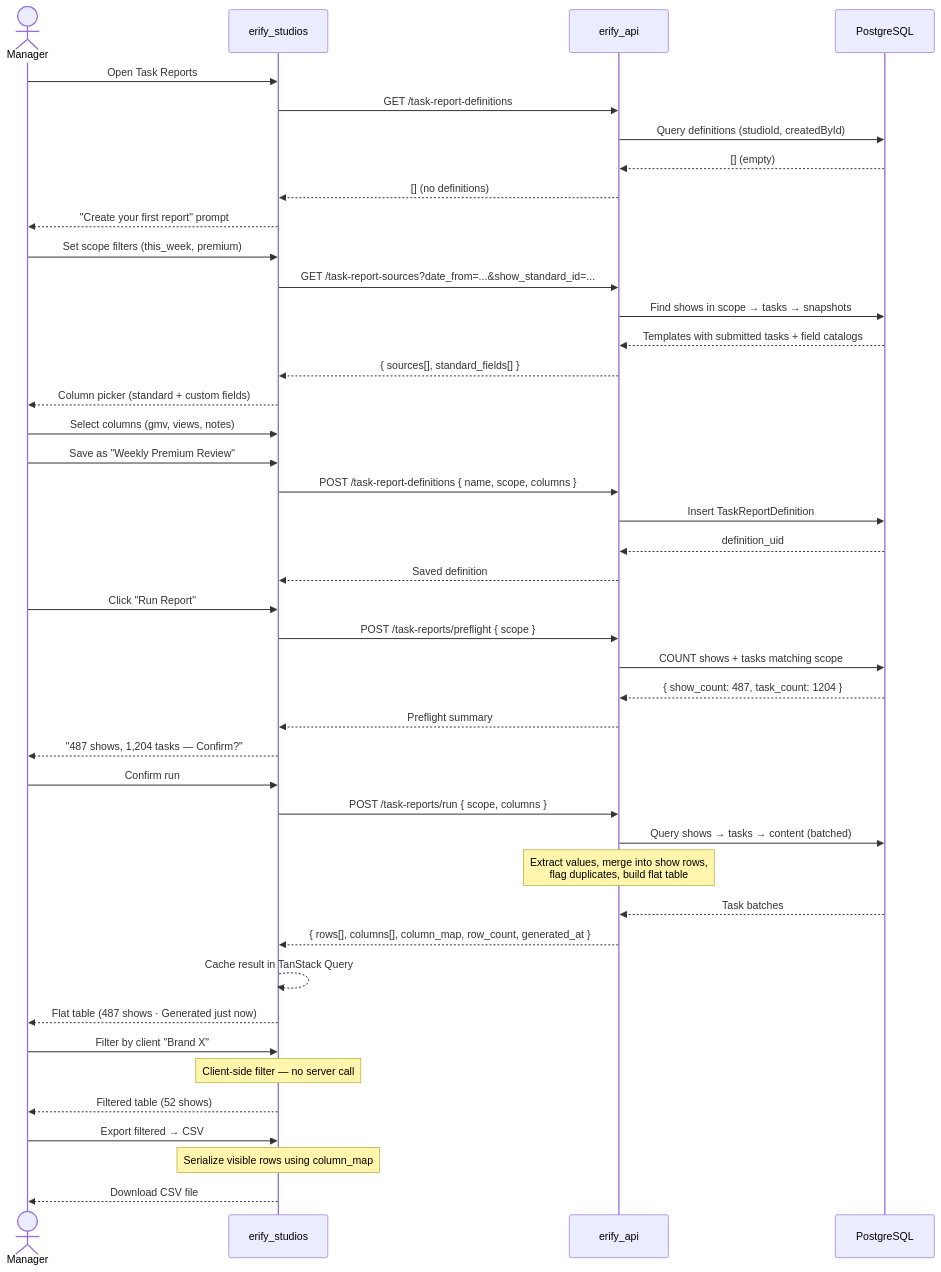
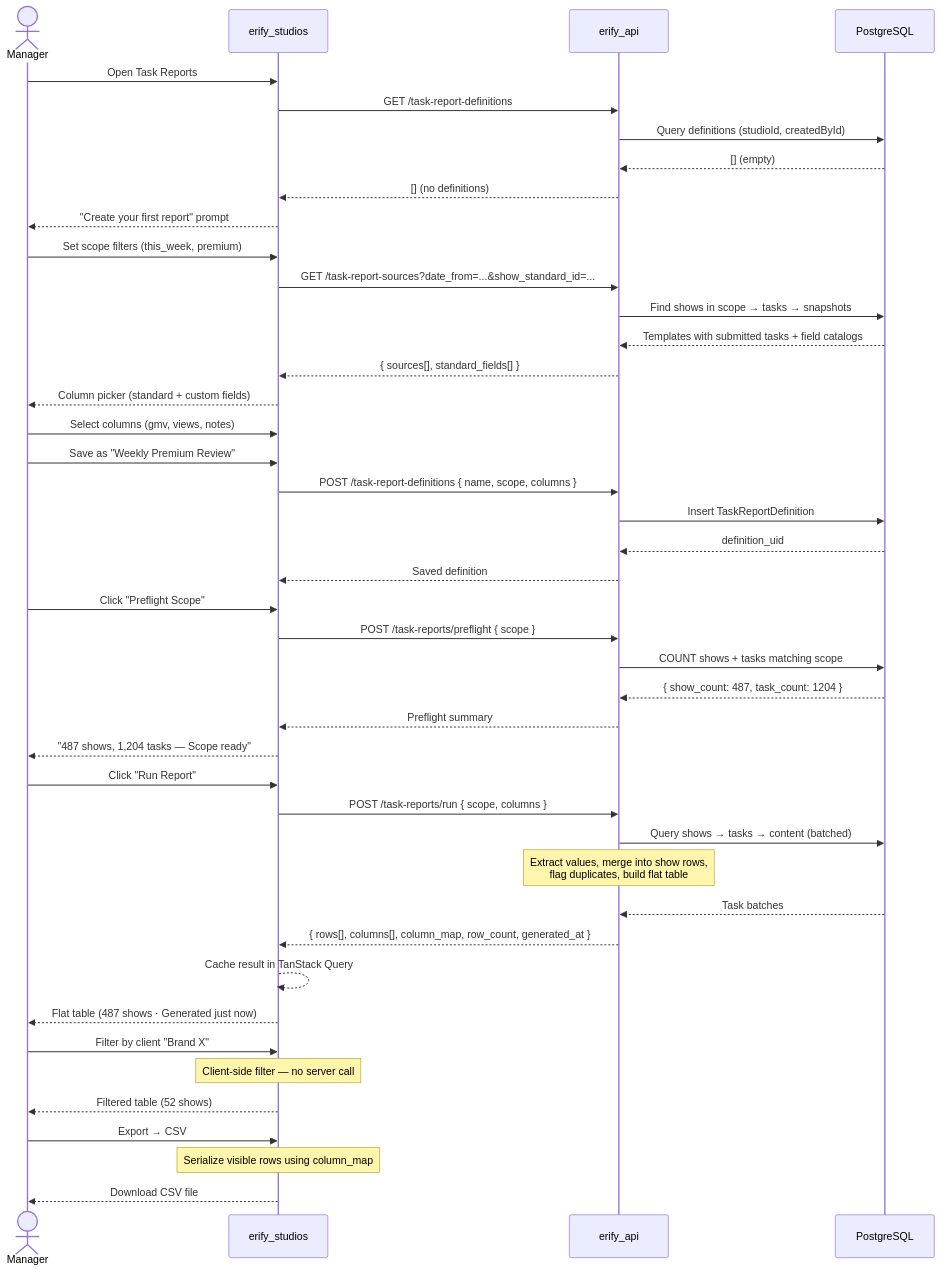
Before and after one commit to allenlin90/eridu-services: the second of 5 diagrams in docs/prd/task-submission-reporting.md, drawn with Mermaid. The commit also changed other lines of this file and 2 other files, not shown here.

Commit message:
fix(task-reports): export full dataset csv and align docs

````diff
--- a/docs/prd/task-submission-reporting.md
+++ b/docs/prd/task-submission-reporting.md
@@ -385,52 +387,52 @@
 ```mermaid
 sequenceDiagram
     actor Manager
     participant FE as erify_studios
     participant BE as erify_api
     participant DB as PostgreSQL
 
     Manager->>FE: Open Task Reports
     FE->>BE: GET /task-report-definitions
     BE->>DB: Query definitions (studioId, createdById)
     DB-->>BE: [] (empty)
     BE-->>FE: [] (no definitions)
     FE-->>Manager: "Create your first report" prompt
 
     Manager->>FE: Set scope filters (this_week, premium)
     FE->>BE: GET /task-report-sources?date_from=...&show_standard_id=...
     BE->>DB: Find shows in scope → tasks → snapshots
     DB-->>BE: Templates with submitted tasks + field catalogs
     BE-->>FE: { sources[], standard_fields[] }
     FE-->>Manager: Column picker (standard + custom fields)
 
     Manager->>FE: Select columns (gmv, views, notes)
     Manager->>FE: Save as "Weekly Premium Review"
     FE->>BE: POST /task-report-definitions { name, scope, columns }
     BE->>DB: Insert TaskReportDefinition
     DB-->>BE: definition_uid
     BE-->>FE: Saved definition
 
-    Manager->>FE: Click "Run Report"
+    Manager->>FE: Click "Preflight Scope"
     FE->>BE: POST /task-reports/preflight { scope }
     BE->>DB: COUNT shows + tasks matching scope
     DB-->>BE: { show_count: 487, task_count: 1204 }
     BE-->>FE: Preflight summary
-    FE-->>Manager: "487 shows, 1,204 tasks — Confirm?"
+    FE-->>Manager: "487 shows, 1,204 tasks — Scope ready"
 
-    Manager->>FE: Confirm run
+    Manager->>FE: Click "Run Report"
     FE->>BE: POST /task-reports/run { scope, columns }
     BE->>DB: Query shows → tasks → content (batched)
     Note over BE: Extract values, merge into show rows,<br/>flag duplicates, build flat table
     DB-->>BE: Task batches
     BE-->>FE: { rows[], columns[], column_map, row_count, generated_at }
     FE-->>FE: Cache result in TanStack Query
     FE-->>Manager: Flat table (487 shows · Generated just now)
 
     Manager->>FE: Filter by client "Brand X"
     Note over FE: Client-side filter — no server call
     FE-->>Manager: Filtered table (52 shows)
 
-    Manager->>FE: Export filtered → CSV
+    Manager->>FE: Export → CSV
     Note over FE: Serialize visible rows using column_map
     FE-->>Manager: Download CSV file
 ```
````
